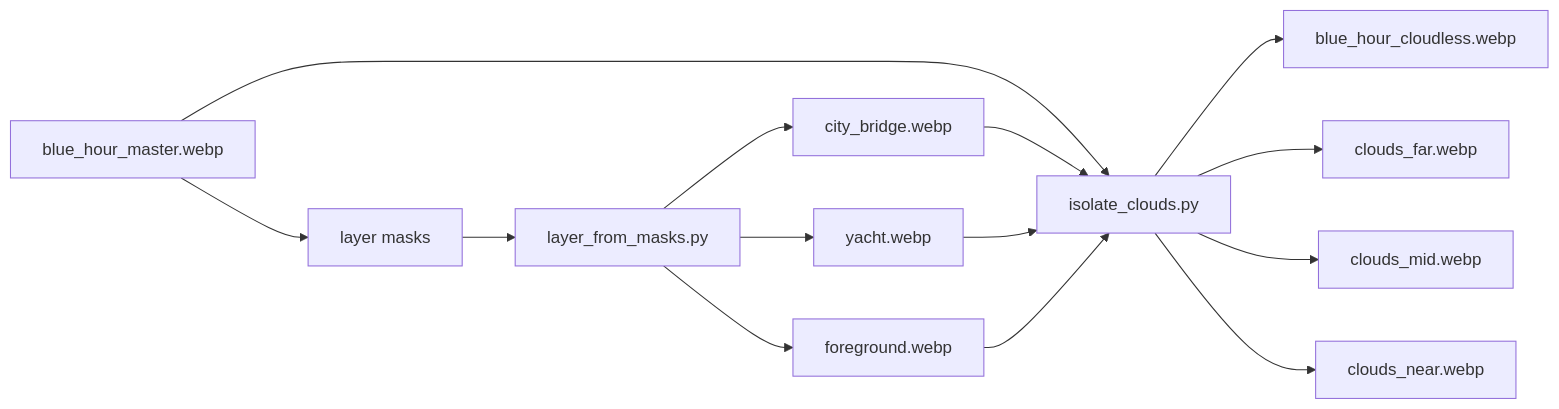
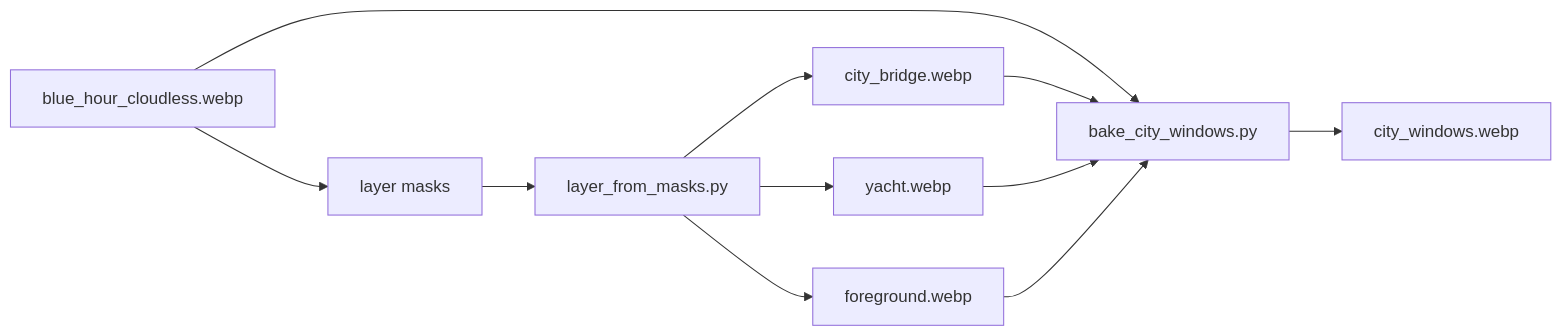
Before and after one commit to matthiasn/dancing_cats: the fourth of 4 diagrams in lib/features/scenery/README.md, drawn with Mermaid. The commit also changed other lines of this file and 14 other files, not shown here.

First line of the commit message:
feat(scenery): drop master plate, sample lights from the cloudless base (#29)

````diff
--- a/lib/features/scenery/README.md
+++ b/lib/features/scenery/README.md
@@ -255,16 +255,13 @@
 ```mermaid
 flowchart LR
-  master[blue_hour_master.webp] --> masks[layer masks]
+  base[blue_hour_cloudless.webp] --> masks[layer masks]
   masks --> layerer[layer_from_masks.py]
   layerer --> city[city_bridge.webp]
   layerer --> yacht[yacht.webp]
   layerer --> fg[foreground.webp]
-  master --> clouds[isolate_clouds.py]
-  city --> clouds
-  yacht --> clouds
-  fg --> clouds
-  clouds --> base[blue_hour_cloudless.webp]
-  clouds --> far[clouds_far.webp]
-  clouds --> mid[clouds_mid.webp]
-  clouds --> near[clouds_near.webp]
+  base --> bake[bake_city_windows.py]
+  city --> bake
+  yacht --> bake
+  fg --> bake
+  bake --> windows[city_windows.webp]
 ```
````
